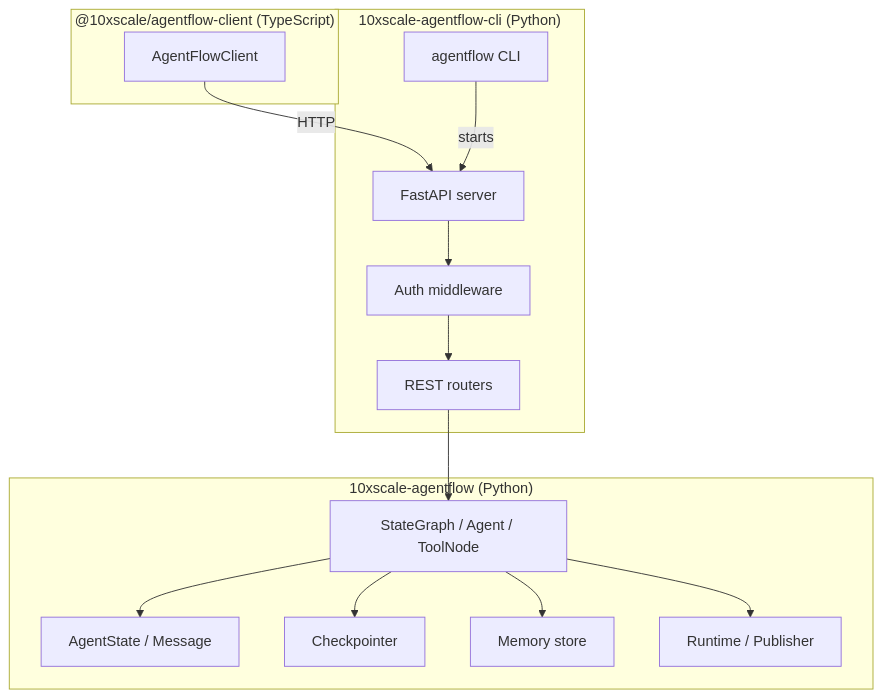
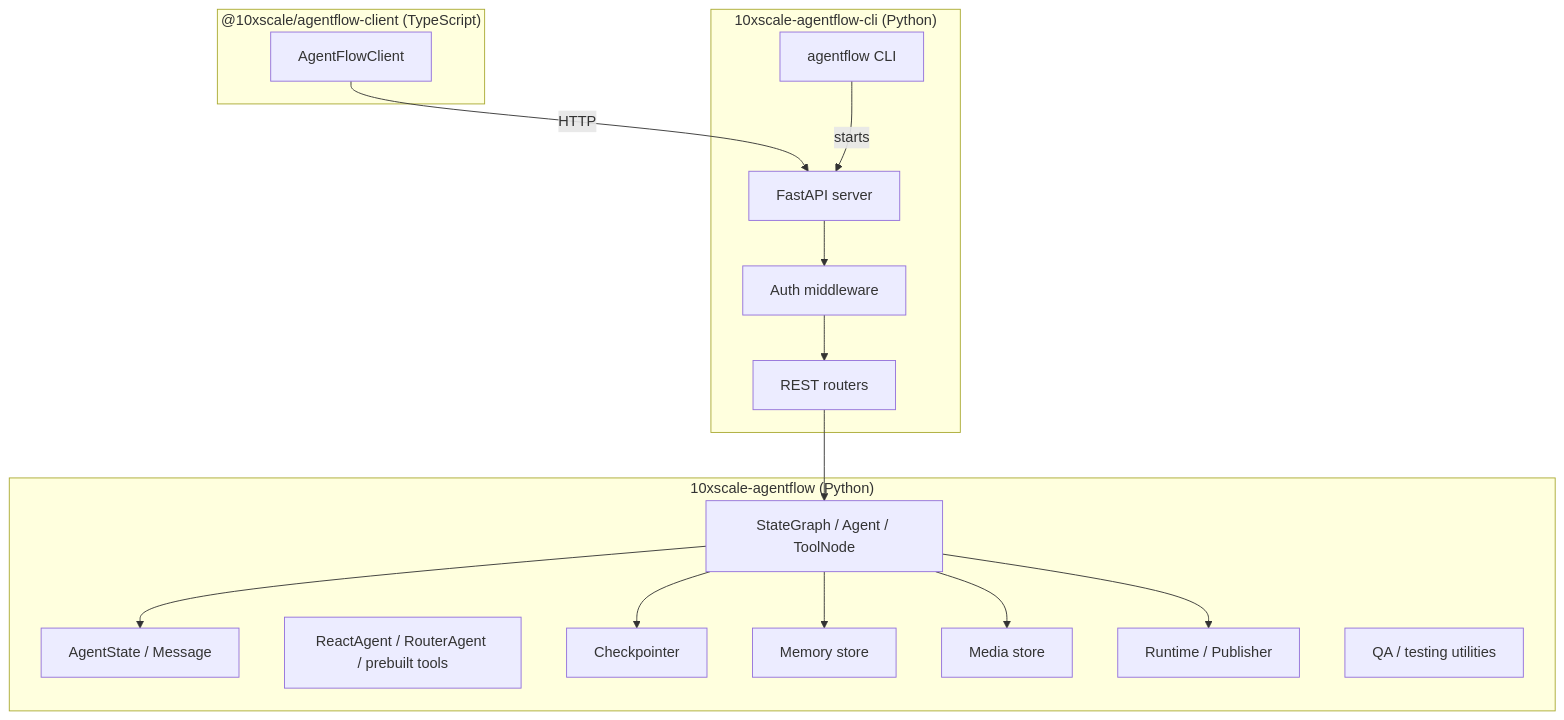
Before and after one commit to 10xHub/agentflow-docs: the first of 2 diagrams in docs/concepts/architecture.md, drawn with Mermaid. The commit also changed other lines of this file and 8 other files, not shown here.

````diff
--- a/docs/concepts/architecture.md
+++ b/docs/concepts/architecture.md
@@ -12,31 +12,35 @@
 ```mermaid
 flowchart TB
   subgraph Client["@10xscale/agentflow-client (TypeScript)"]
     TS[AgentFlowClient]
   end
 
   subgraph Server["10xscale-agentflow-cli (Python)"]
     CLI[agentflow CLI]
     API[FastAPI server]
     Auth[Auth middleware]
     Routers[REST routers]
   end
 
   subgraph Core["10xscale-agentflow (Python)"]
     Graph[StateGraph / Agent / ToolNode]
     State[AgentState / Message]
+    Prebuilt[ReactAgent / RouterAgent / prebuilt tools]
     Checkpointer[Checkpointer]
     Store[Memory store]
+    Media[Media store]
     Runtime[Runtime / Publisher]
+    QA[QA / testing utilities]
   end
 
   TS -->|HTTP| API
   CLI -->|starts| API
   API --> Auth
   Auth --> Routers
   Routers --> Graph
   Graph --> State
   Graph --> Checkpointer
   Graph --> Store
+  Graph --> Media
   Graph --> Runtime
 ```
````
